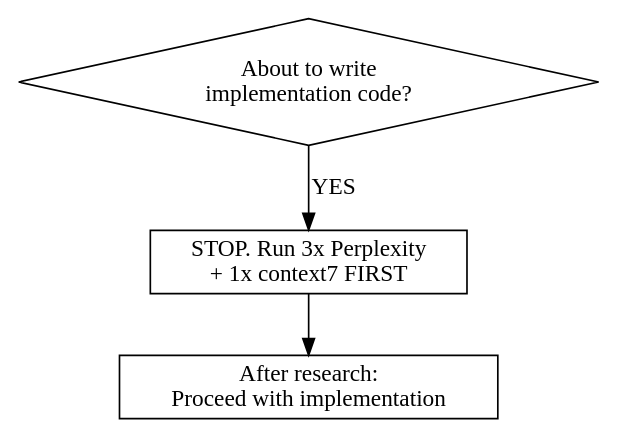
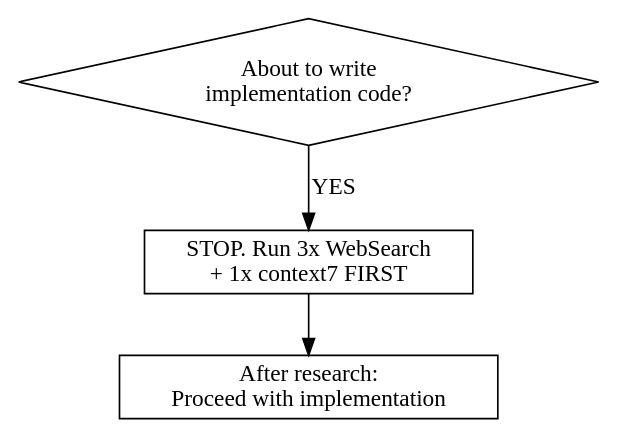
Before and after one commit to anombyte93/claude-research-skill: the diagram in .claude/skills/research-before-coding/SKILL.md, drawn with Graphviz. The commit also changed other lines of this file and 3 other files, not shown here.

First line of the commit message:
feat: create public branch with WebSearch support

````diff
--- a/.claude/skills/research-before-coding/SKILL.md
+++ b/.claude/skills/research-before-coding/SKILL.md
@@ -23,10 +23,10 @@
 ```dot
 digraph research_flowchart {
     "About to write code?" [shape=diamond, label="About to write\nimplementation code?"];
-    "ALWAYS research" [shape=box, label="STOP. Run 3x Perplexity\n+ 1x context7 FIRST"];
+    "ALWAYS research" [shape=box, label="STOP. Run 3x WebSearch\n+ 1x context7 FIRST"];
     "Then implement" [shape=box, label="After research:\nProceed with implementation"];
 
     "About to write code?" -> "ALWAYS research" [label="YES"];
     "ALWAYS research" -> "Then implement";
 }
 ```
````
